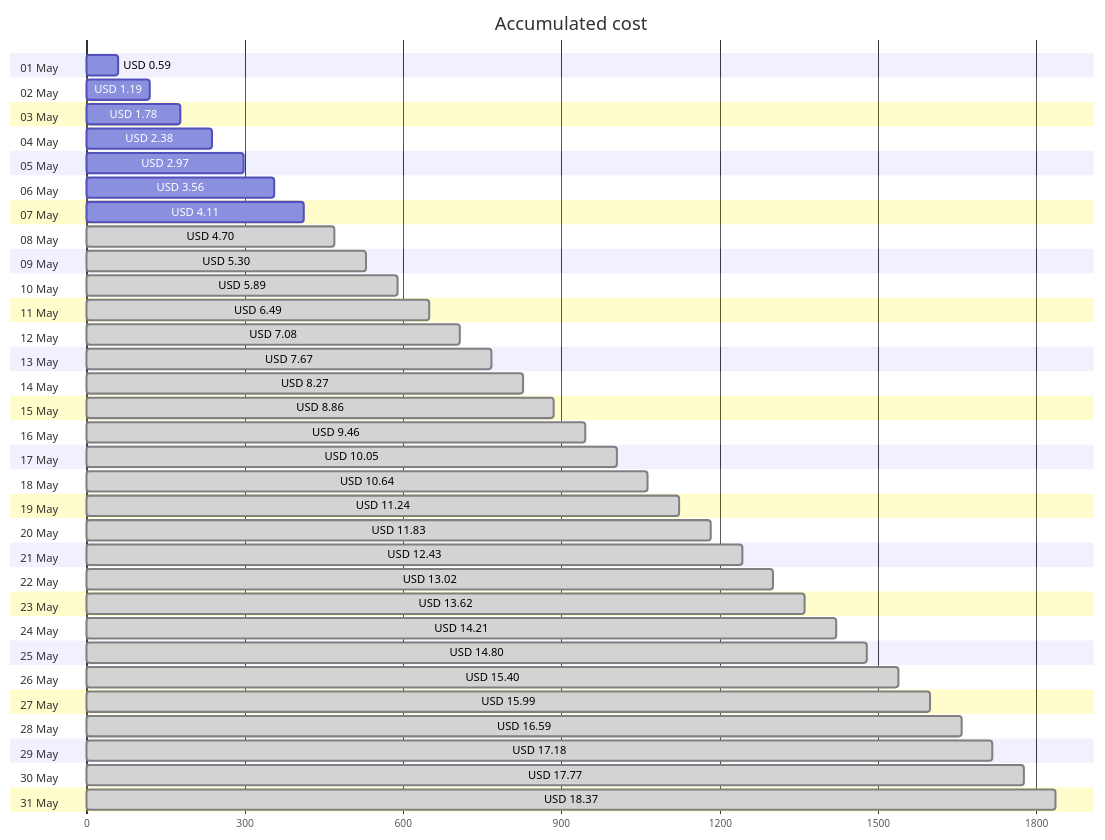
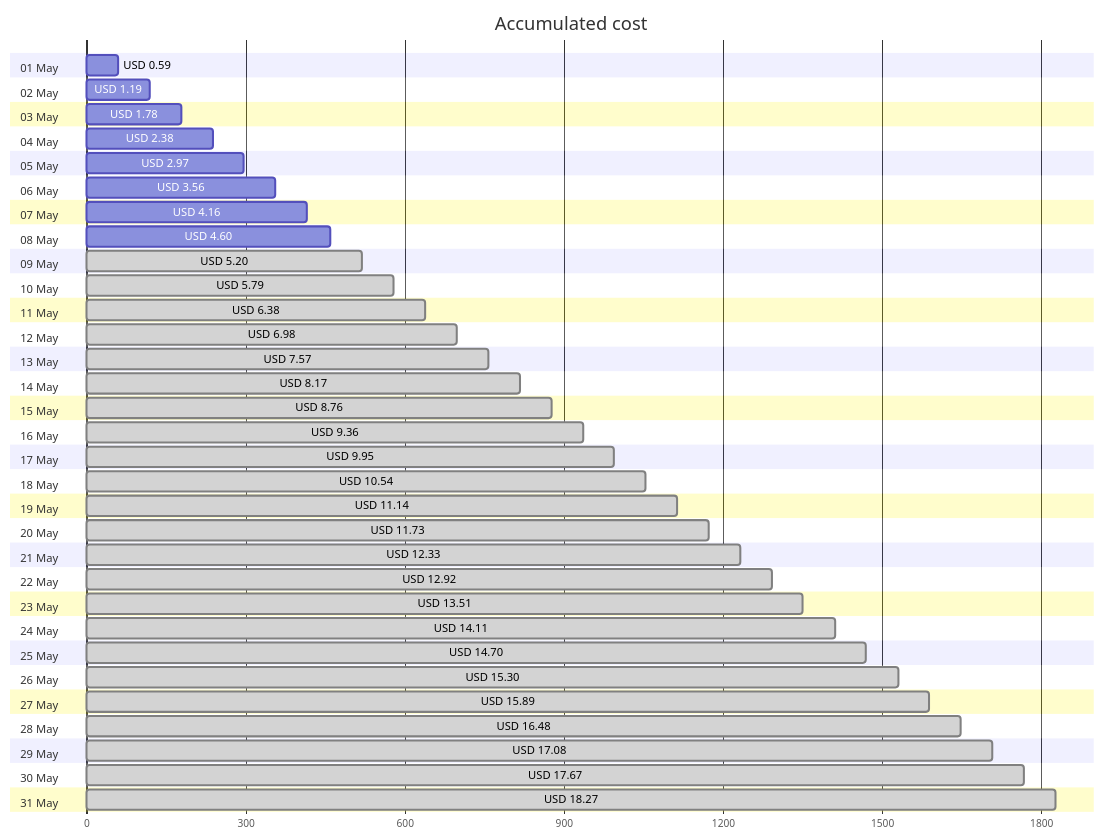
The first of 4 diagrams in cost-reports/personal-site/README.md (jpfulton/azure-personal-reports), drawn with Mermaid before and after one commit. The commit also changed other lines of this file and 6 other files, not shown here.

````diff
--- a/cost-reports/personal-site/README.md
+++ b/cost-reports/personal-site/README.md
@@ -20,68 +20,68 @@
 ```mermaid
 gantt
    title Accumulated cost
    dateFormat  X
    axisFormat %s
    section 01 May
    USD 0.59 :0, 59
    section 02 May
    USD 1.19 :0, 119
    section 03 May
    USD 1.78 :0, 178
    section 04 May
    USD 2.38 :0, 238
    section 05 May
    USD 2.97 :0, 297
    section 06 May
    USD 3.56 :0, 356
    section 07 May
-   USD 4.11 :0, 411
+   USD 4.16 :0, 416
    section 08 May
-   USD 4.70 : done, 0, 470
+   USD 4.60 :0, 460
    section 09 May
-   USD 5.30 : done, 0, 530
+   USD 5.20 : done, 0, 520
    section 10 May
-   USD 5.89 : done, 0, 589
+   USD 5.79 : done, 0, 579
    section 11 May
-   USD 6.49 : done, 0, 649
+   USD 6.38 : done, 0, 638
    section 12 May
-   USD 7.08 : done, 0, 708
+   USD 6.98 : done, 0, 698
    section 13 May
-   USD 7.67 : done, 0, 767
+   USD 7.57 : done, 0, 757
    section 14 May
-   USD 8.27 : done, 0, 827
+   USD 8.17 : done, 0, 817
    section 15 May
-   USD 8.86 : done, 0, 886
+   USD 8.76 : done, 0, 876
    section 16 May
-   USD 9.46 : done, 0, 946
+   USD 9.36 : done, 0, 936
    section 17 May
-   USD 10.05 : done, 0, 1005
+   USD 9.95 : done, 0, 995
    section 18 May
-   USD 10.64 : done, 0, 1064
+   USD 10.54 : done, 0, 1054
    section 19 May
-   USD 11.24 : done, 0, 1124
+   USD 11.14 : done, 0, 1114
    section 20 May
-   USD 11.83 : done, 0, 1183
+   USD 11.73 : done, 0, 1173
    section 21 May
-   USD 12.43 : done, 0, 1243
+   USD 12.33 : done, 0, 1233
    section 22 May
-   USD 13.02 : done, 0, 1302
+   USD 12.92 : done, 0, 1292
    section 23 May
-   USD 13.62 : done, 0, 1362
+   USD 13.51 : done, 0, 1351
    section 24 May
-   USD 14.21 : done, 0, 1421
+   USD 14.11 : done, 0, 1411
    section 25 May
-   USD 14.80 : done, 0, 1480
+   USD 14.70 : done, 0, 1470
    section 26 May
-   USD 15.40 : done, 0, 1540
+   USD 15.30 : done, 0, 1530
    section 27 May
-   USD 15.99 : done, 0, 1599
+   USD 15.89 : done, 0, 1589
    section 28 May
-   USD 16.59 : done, 0, 1659
+   USD 16.48 : done, 0, 1648
    section 29 May
-   USD 17.18 : done, 0, 1718
+   USD 17.08 : done, 0, 1708
    section 30 May
-   USD 17.77 : done, 0, 1777
+   USD 17.67 : done, 0, 1767
    section 31 May
-   USD 18.37 : done, 0, 1837
+   USD 18.27 : done, 0, 1827
 ```
````
